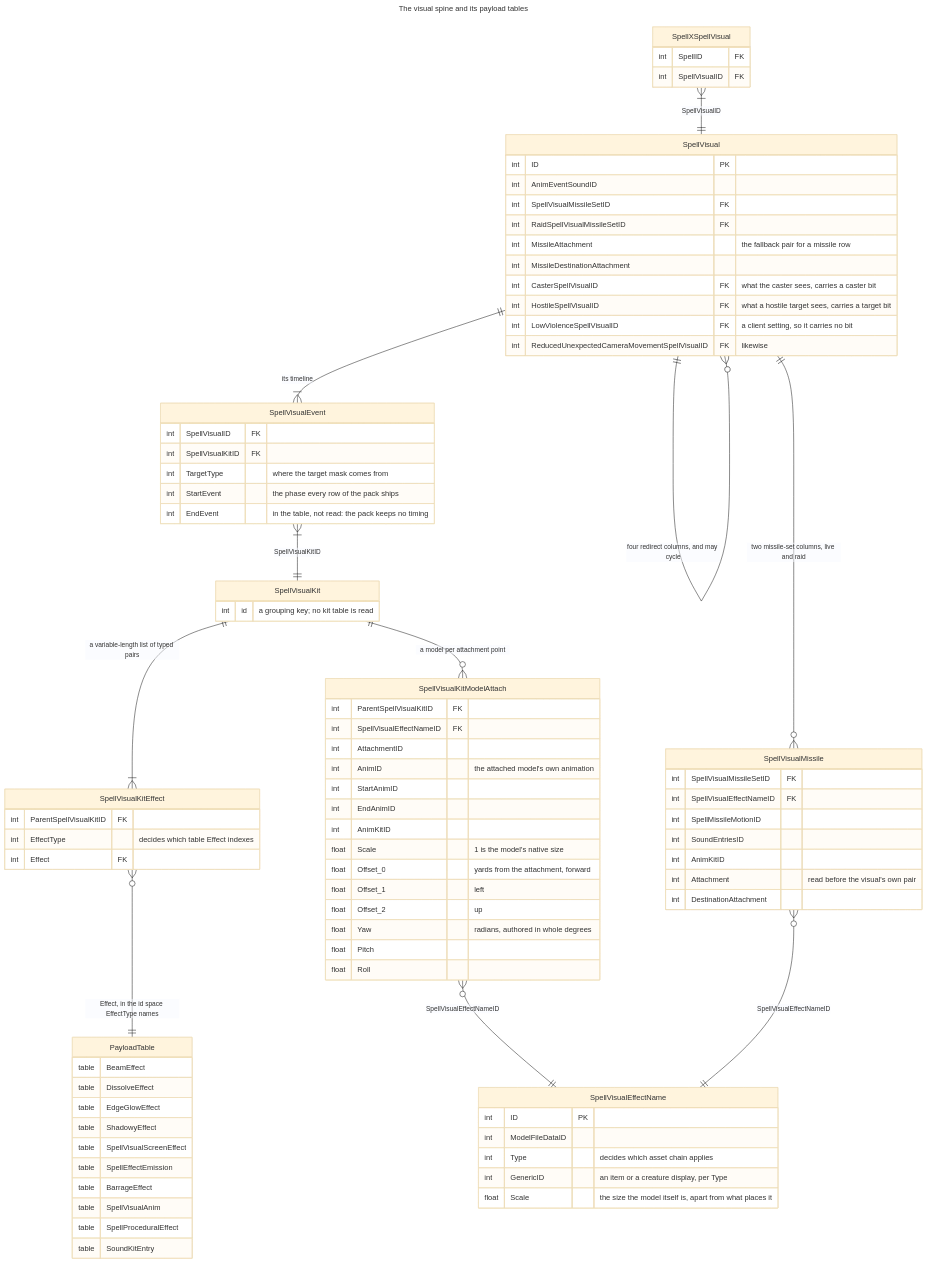
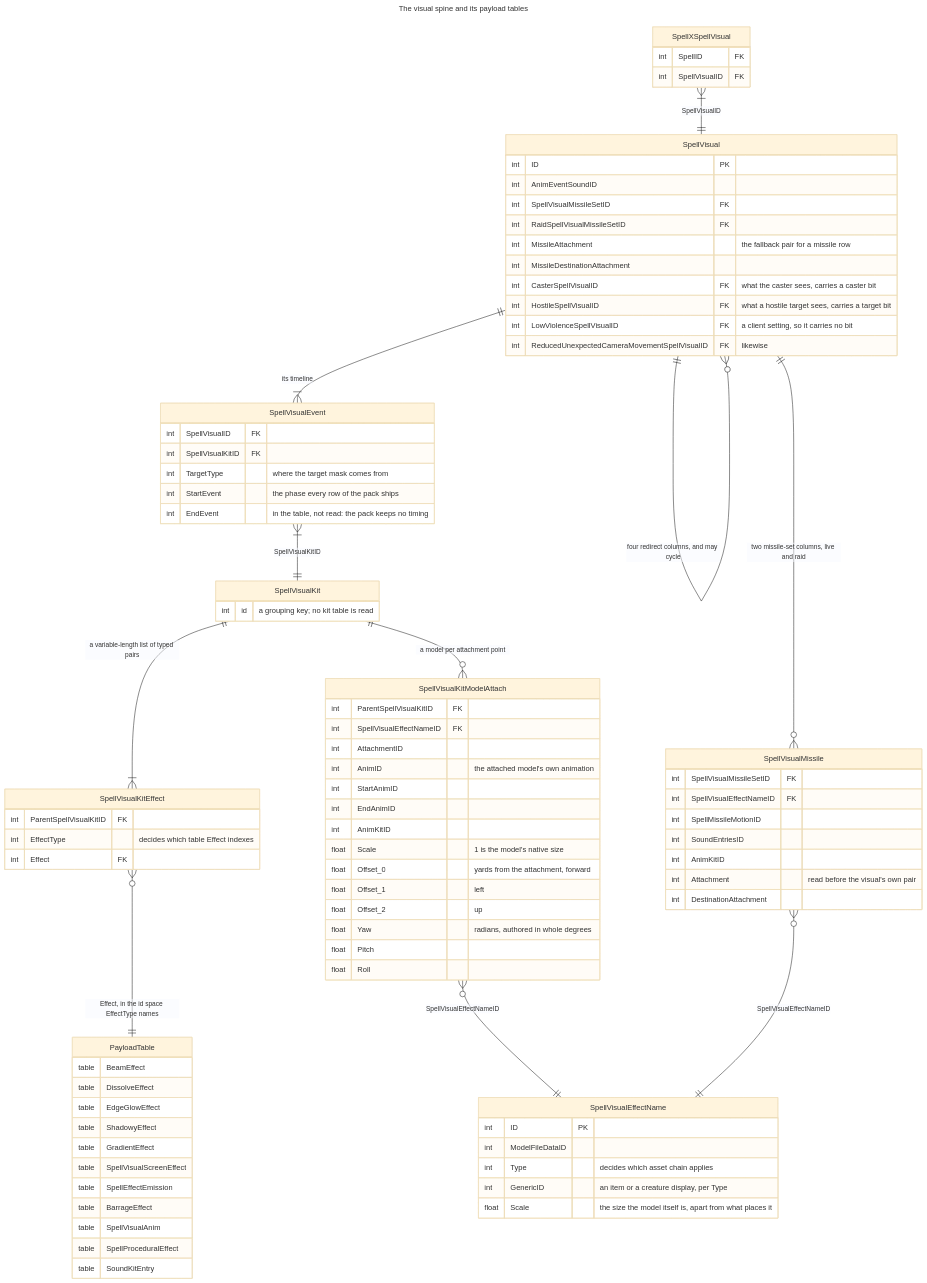
The fourth of 13 diagrams in docs/DATA_ROUTES.md (Natans8/Epsilook), drawn with Mermaid (base theme) before and after one commit. The commit also changed other lines of this file and 68 other files, not shown here.

First line of the commit message:
GradientEffect ships: a gradient kind with its colours and two flags, format 72

```diff
--- a/docs/DATA_ROUTES.md
+++ b/docs/DATA_ROUTES.md
@@ -432,6 +432,7 @@
         table DissolveEffect
         table EdgeGlowEffect
         table ShadowyEffect
+        table GradientEffect
         table SpellVisualScreenEffect
         table SpellEffectEmission
         table BarrageEffect
```
